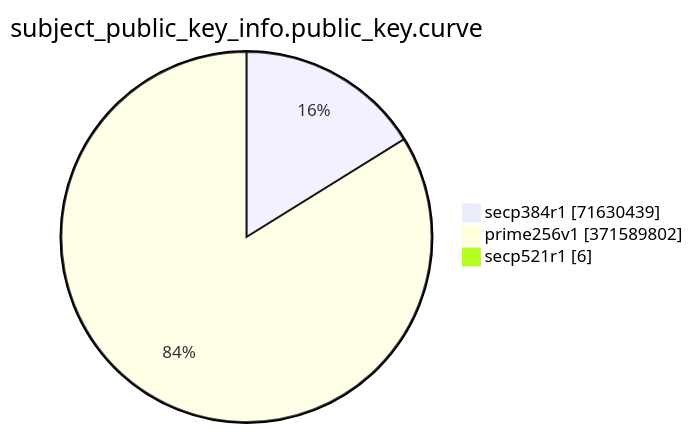
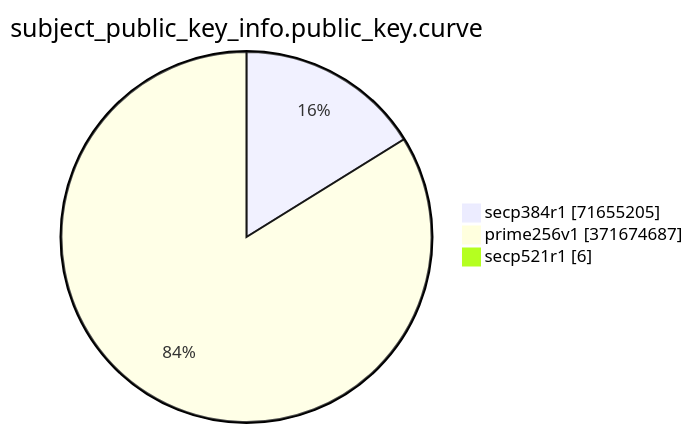
Before and after one commit to christiankrug/ctmonitor_visualization: the eighth of 15 diagrams in TOTAL/README.md, drawn with Mermaid. The commit also changed other lines of this file, not shown here.

````diff
--- a/TOTAL/README.md
+++ b/TOTAL/README.md
@@ -3094,7 +3094,7 @@
 ```mermaid
 pie showData
 title subject_public_key_info.public_key.curve
-"secp384r1" :71630439
-"prime256v1" :371589802
+"secp384r1" :71655205
+"prime256v1" :371674687
 "secp521r1" :6
 ```
````
